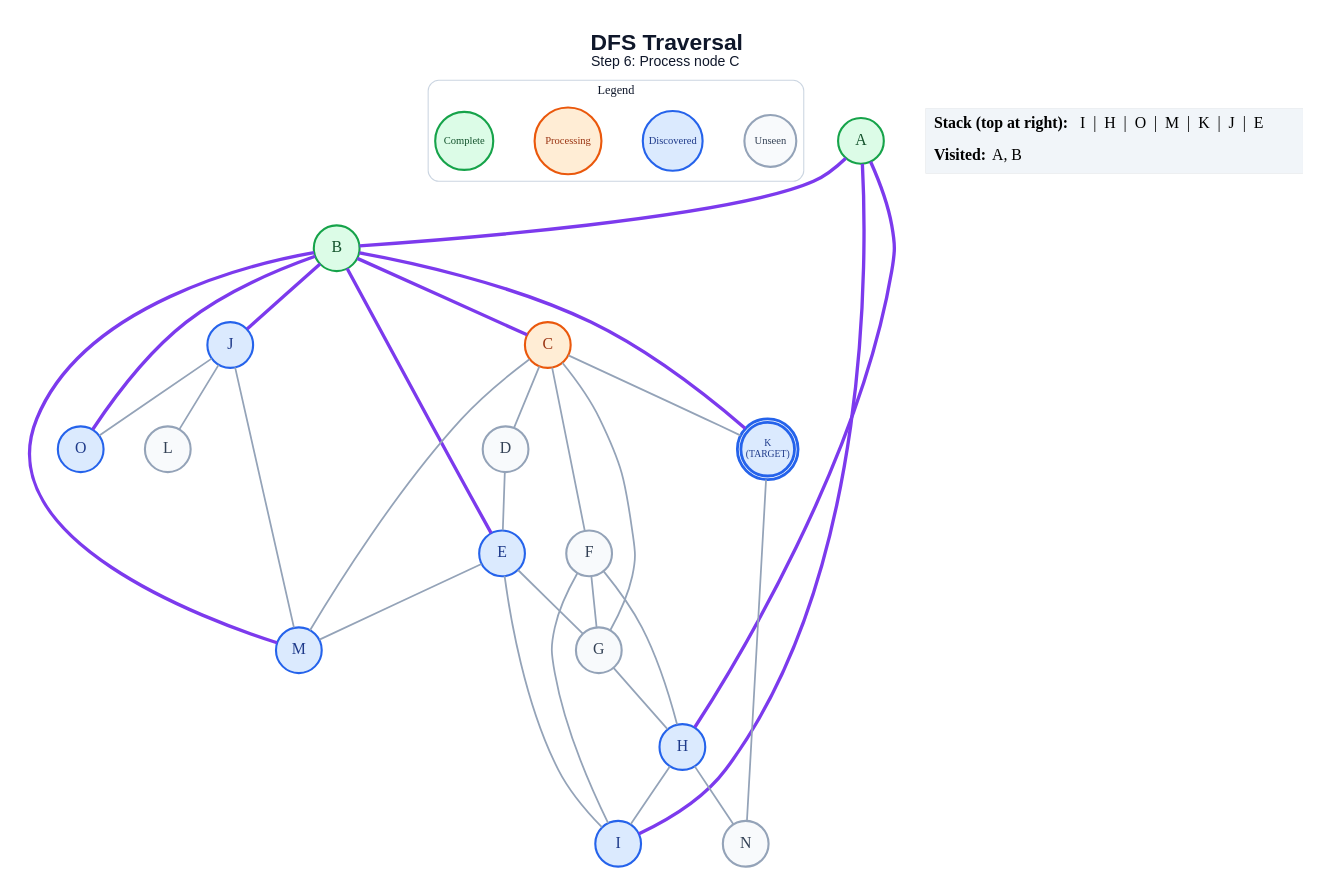
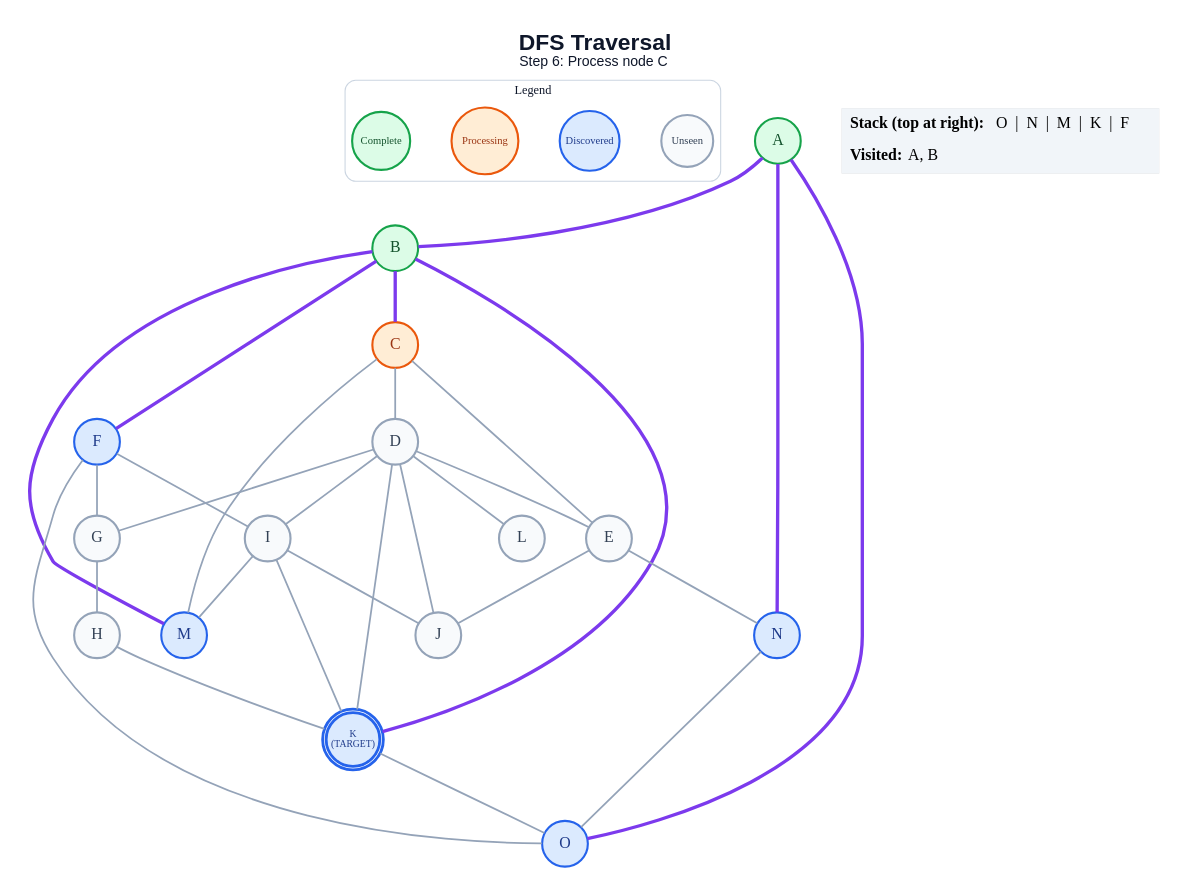
One commit to anon7238593-create/ai-slop changed the diagram in generated/dfs/step_06.dot. Above: the diagram before and after it, drawn with Graphviz. The commit also changed 213 other files, not shown here.

```diff
--- a/generated/dfs/step_06.dot
+++ b/generated/dfs/step_06.dot
@@ -1,62 +1,62 @@
 graph traversal {
   graph [layout=dot, rankdir=TB, bgcolor="#FFFFFF", pad="0.35", nodesep="0.65", ranksep="0.8", fontname="Arial"];
   node [shape=circle, style="filled", fontname="Arial Bold", fontsize=18, width=0.72, fixedsize=true, penwidth=2.4];
   edge [color="#94A3B8", penwidth=2.0];
   label=<<B>DFS Traversal</B><BR/><FONT POINT-SIZE="16">Step 6: Process node C</FONT>>; labelloc="t"; fontsize=26; fontname="Arial"; fontcolor="#0F172A";
   subgraph cluster_legend { label="Legend"; color="#CBD5E1"; penwidth=1.2; style="rounded"; fontsize=14; fontname="Arial Bold";
     key_unseen [label="Unseen", fillcolor="#F8FAFC", color="#94A3B8", fontcolor="#334155", fontsize=12, width=0.82];
     key_frontier [label="Discovered", fillcolor="#DBEAFE", color="#2563EB", fontcolor="#1E3A8A", fontsize=12, width=0.95];
     key_current [label="Processing", fillcolor="#FFEDD5", color="#EA580C", fontcolor="#9A3412", fontsize=12, width=1.05];
     key_done [label="Complete", fillcolor="#DCFCE7", color="#16A34A", fontcolor="#14532D", fontsize=12, width=0.92];
     { rank=same; key_unseen; key_frontier; key_current; key_done; }
   }
   A [label="A", fillcolor="#DCFCE7", color="#16A34A", fontcolor="#14532D", peripheries=1, penwidth=2.4];
   B [label="B", fillcolor="#DCFCE7", color="#16A34A", fontcolor="#14532D", peripheries=1, penwidth=2.4];
   C [label="C", fillcolor="#FFEDD5", color="#EA580C", fontcolor="#9A3412", peripheries=1, penwidth=2.4];
   D [label="D", fillcolor="#F8FAFC", color="#94A3B8", fontcolor="#334155", peripheries=1, penwidth=2.4];
-  E [label="E", fillcolor="#DBEAFE", color="#2563EB", fontcolor="#1E3A8A", peripheries=1, penwidth=2.4];
-  F [label="F", fillcolor="#F8FAFC", color="#94A3B8", fontcolor="#334155", peripheries=1, penwidth=2.4];
+  E [label="E", fillcolor="#F8FAFC", color="#94A3B8", fontcolor="#334155", peripheries=1, penwidth=2.4];
+  F [label="F", fillcolor="#DBEAFE", color="#2563EB", fontcolor="#1E3A8A", peripheries=1, penwidth=2.4];
   G [label="G", fillcolor="#F8FAFC", color="#94A3B8", fontcolor="#334155", peripheries=1, penwidth=2.4];
-  H [label="H", fillcolor="#DBEAFE", color="#2563EB", fontcolor="#1E3A8A", peripheries=1, penwidth=2.4];
-  I [label="I", fillcolor="#DBEAFE", color="#2563EB", fontcolor="#1E3A8A", peripheries=1, penwidth=2.4];
-  J [label="J", fillcolor="#DBEAFE", color="#2563EB", fontcolor="#1E3A8A", peripheries=1, penwidth=2.4];
+  H [label="H", fillcolor="#F8FAFC", color="#94A3B8", fontcolor="#334155", peripheries=1, penwidth=2.4];
+  I [label="I", fillcolor="#F8FAFC", color="#94A3B8", fontcolor="#334155", peripheries=1, penwidth=2.4];
+  J [label="J", fillcolor="#F8FAFC", color="#94A3B8", fontcolor="#334155", peripheries=1, penwidth=2.4];
   K [label="K\n(TARGET)", fillcolor="#DBEAFE", color="#2563EB", fontcolor="#1E3A8A", peripheries=2, penwidth=3.2, fontsize=11, width=0.85, height=0.85];
   L [label="L", fillcolor="#F8FAFC", color="#94A3B8", fontcolor="#334155", peripheries=1, penwidth=2.4];
   M [label="M", fillcolor="#DBEAFE", color="#2563EB", fontcolor="#1E3A8A", peripheries=1, penwidth=2.4];
-  N [label="N", fillcolor="#F8FAFC", color="#94A3B8", fontcolor="#334155", peripheries=1, penwidth=2.4];
+  N [label="N", fillcolor="#DBEAFE", color="#2563EB", fontcolor="#1E3A8A", peripheries=1, penwidth=2.4];
   O [label="O", fillcolor="#DBEAFE", color="#2563EB", fontcolor="#1E3A8A", peripheries=1, penwidth=2.4];
   A -- B [color="#7C3AED", penwidth=3.8];
-  A -- H [color="#7C3AED", penwidth=3.8];
-  A -- I [color="#7C3AED", penwidth=3.8];
+  A -- N [color="#7C3AED", penwidth=3.8];
+  A -- O [color="#7C3AED", penwidth=3.8];
   B -- C [color="#7C3AED", penwidth=3.8];
-  B -- E [color="#7C3AED", penwidth=3.8];
-  B -- J [color="#7C3AED", penwidth=3.8];
+  B -- F [color="#7C3AED", penwidth=3.8];
   B -- K [color="#7C3AED", penwidth=3.8];
   B -- M [color="#7C3AED", penwidth=3.8];
-  B -- O [color="#7C3AED", penwidth=3.8];
   C -- D;
-  C -- F;
-  C -- G;
-  C -- K;
+  C -- E;
   C -- M;
   D -- E;
-  E -- G;
-  E -- I;
-  E -- M;
+  D -- G;
+  D -- I;
+  D -- J;
+  D -- K;
+  D -- L;
+  E -- J;
+  E -- N;
   F -- G;
-  F -- H;
   F -- I;
+  F -- O;
   G -- H;
-  H -- I;
-  H -- N;
-  J -- L;
-  J -- M;
-  J -- O;
-  K -- N;
+  H -- K;
+  I -- J;
+  I -- K;
+  I -- M;
+  K -- O;
+  N -- O;
   status [shape=plain, fixedsize=false, width=0, height=0, margin=0, label=<
     <TABLE BORDER="0" CELLBORDER="0" CELLPADDING="7" BGCOLOR="#F1F5F9">
-      <TR><TD ALIGN="LEFT"><B>Stack (top at right):</B> I  |  H  |  O  |  M  |  K  |  J  |  E</TD></TR>
+      <TR><TD ALIGN="LEFT"><B>Stack (top at right):</B> O  |  N  |  M  |  K  |  F</TD></TR>
       <TR><TD ALIGN="LEFT"><B>Visited:</B> A, B</TD></TR>
     </TABLE>
   >];
 }
```
